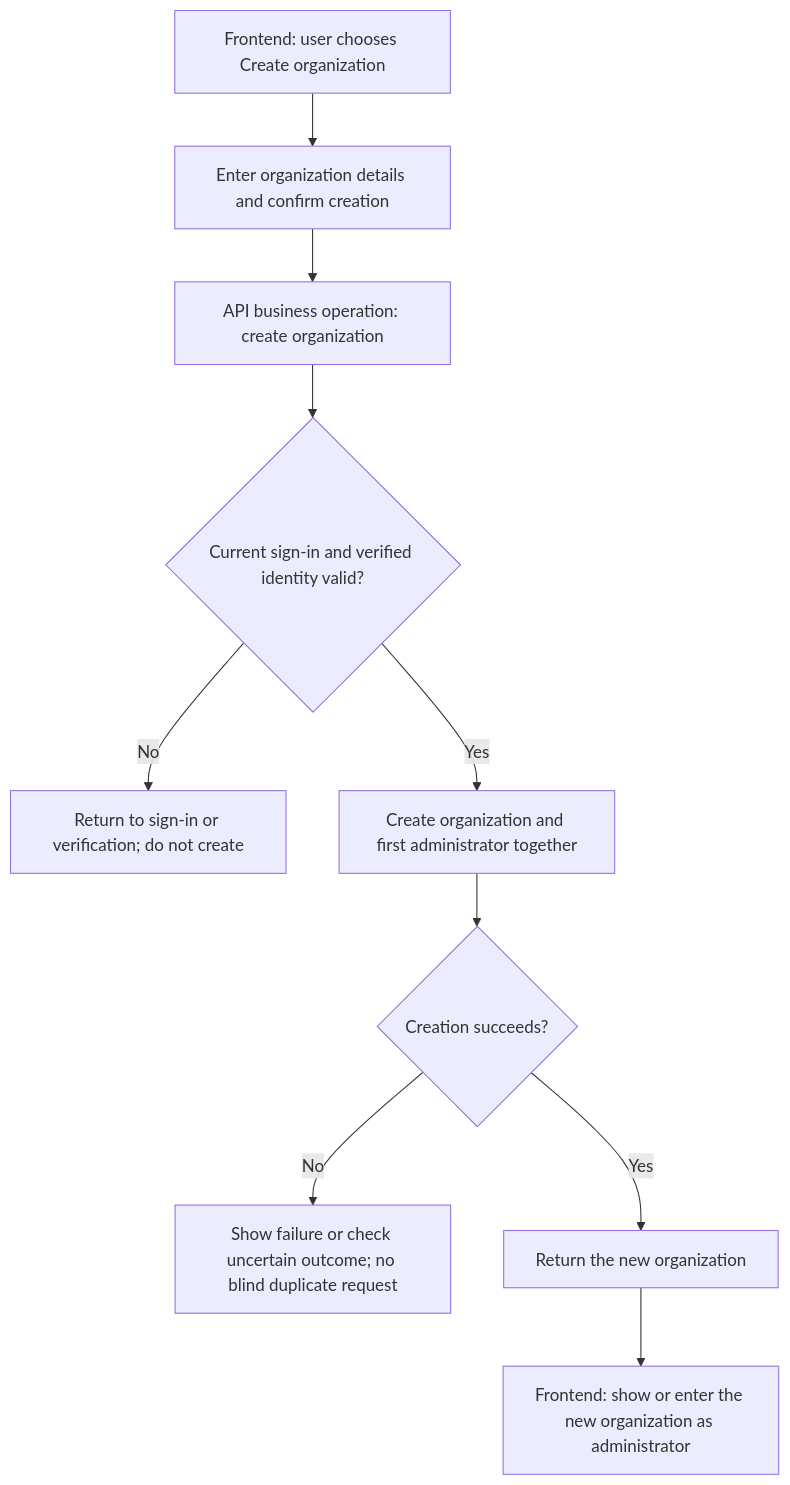
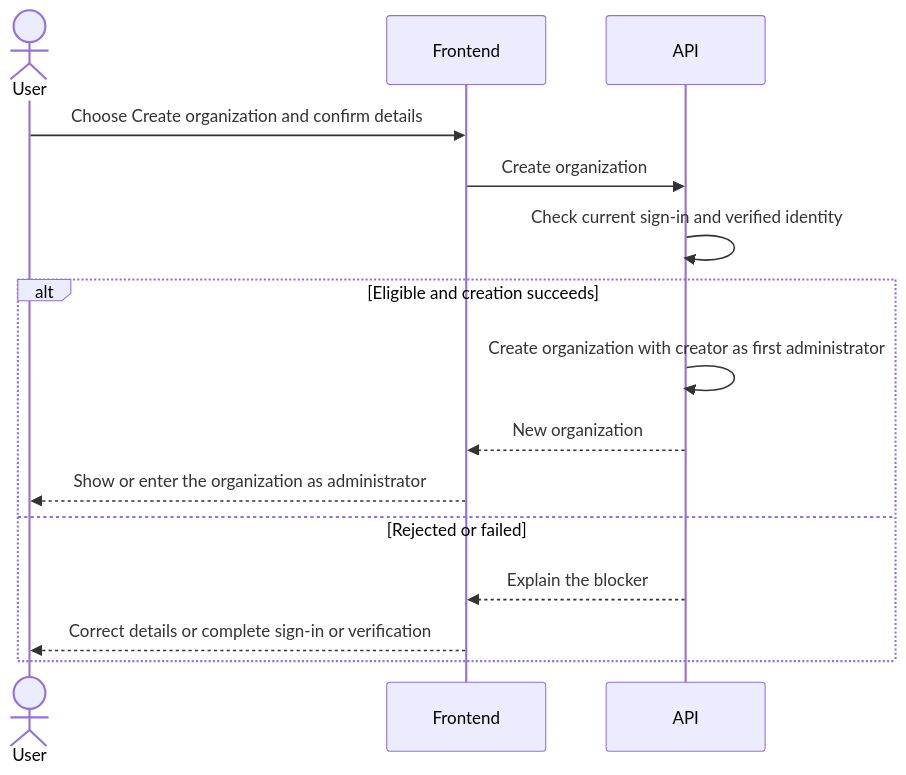
One commit to Qifei-L/Books changed the fourth of 13 diagrams in docs/11-workflows.md. Above: the diagram before and after it, drawn with Mermaid. The commit also changed other lines of this file, not shown here.

Commit message:
docs: clarify first-phase workflows by User Frontend and API

````diff
--- a/docs/11-workflows.md
+++ b/docs/11-workflows.md
@@ -44,12 +108,17 @@
 ```mermaid
-flowchart TD
-    A["Frontend: user chooses Create organization"] --> B["Enter organization details and confirm creation"]
-    B --> C["API business operation: create organization"]
-    C --> D{"Current sign-in and verified identity valid?"}
-    D -->|No| E["Return to sign-in or verification; do not create"]
-    D -->|Yes| F["Create organization and first administrator together"]
-    F --> G{"Creation succeeds?"}
-    G -->|No| H["Show failure or check uncertain outcome; no blind duplicate request"]
-    G -->|Yes| I["Return the new organization"]
-    I --> J["Frontend: show or enter the new organization as administrator"]
+sequenceDiagram
+    actor U as User
+    participant F as Frontend
+    participant A as API
+    U->>F: Choose Create organization and confirm details
+    F->>A: Create organization
+    A->>A: Check current sign-in and verified identity
+    alt Eligible and creation succeeds
+        A->>A: Create organization with creator as first administrator
+        A-->>F: New organization
+        F-->>U: Show or enter the organization as administrator
+    else Rejected or failed
+        A-->>F: Explain the blocker
+        F-->>U: Correct details or complete sign-in or verification
+    end
 ```
````
